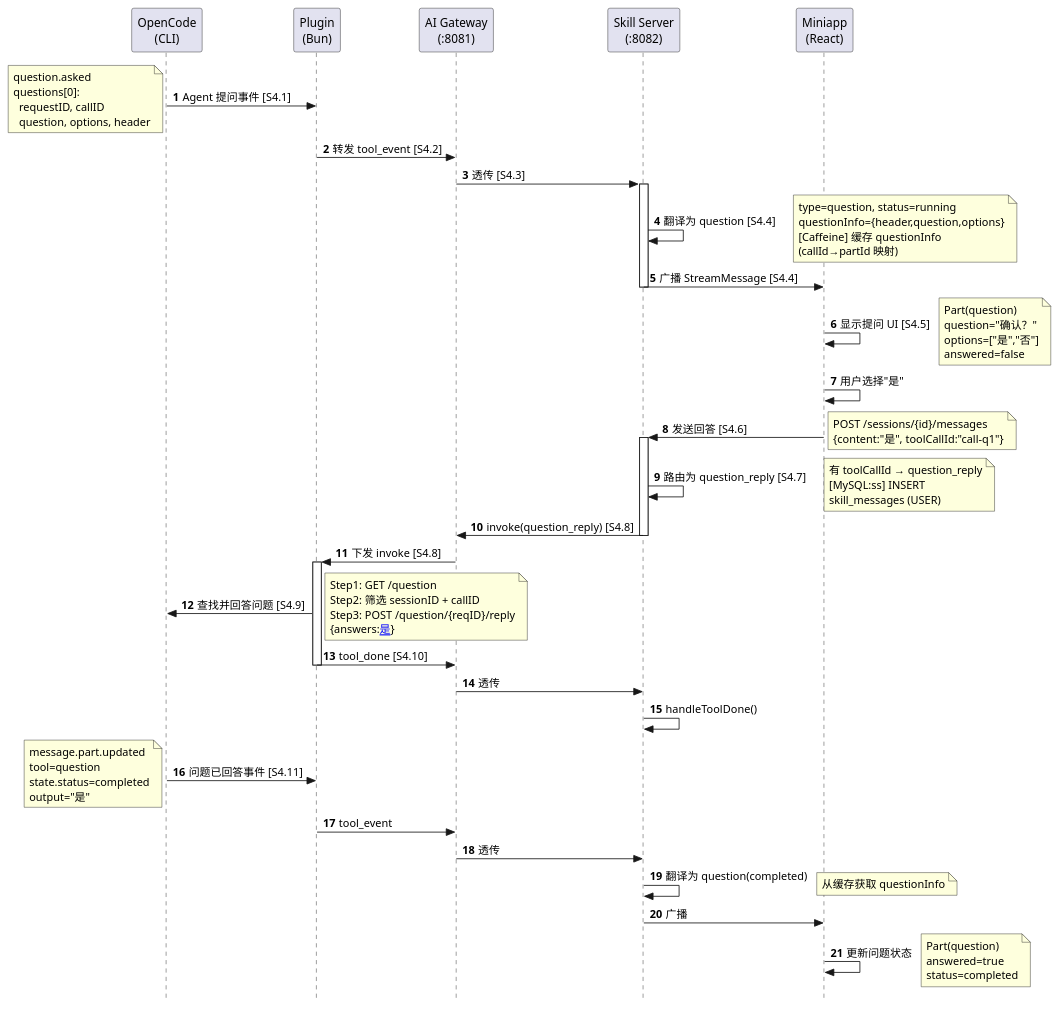
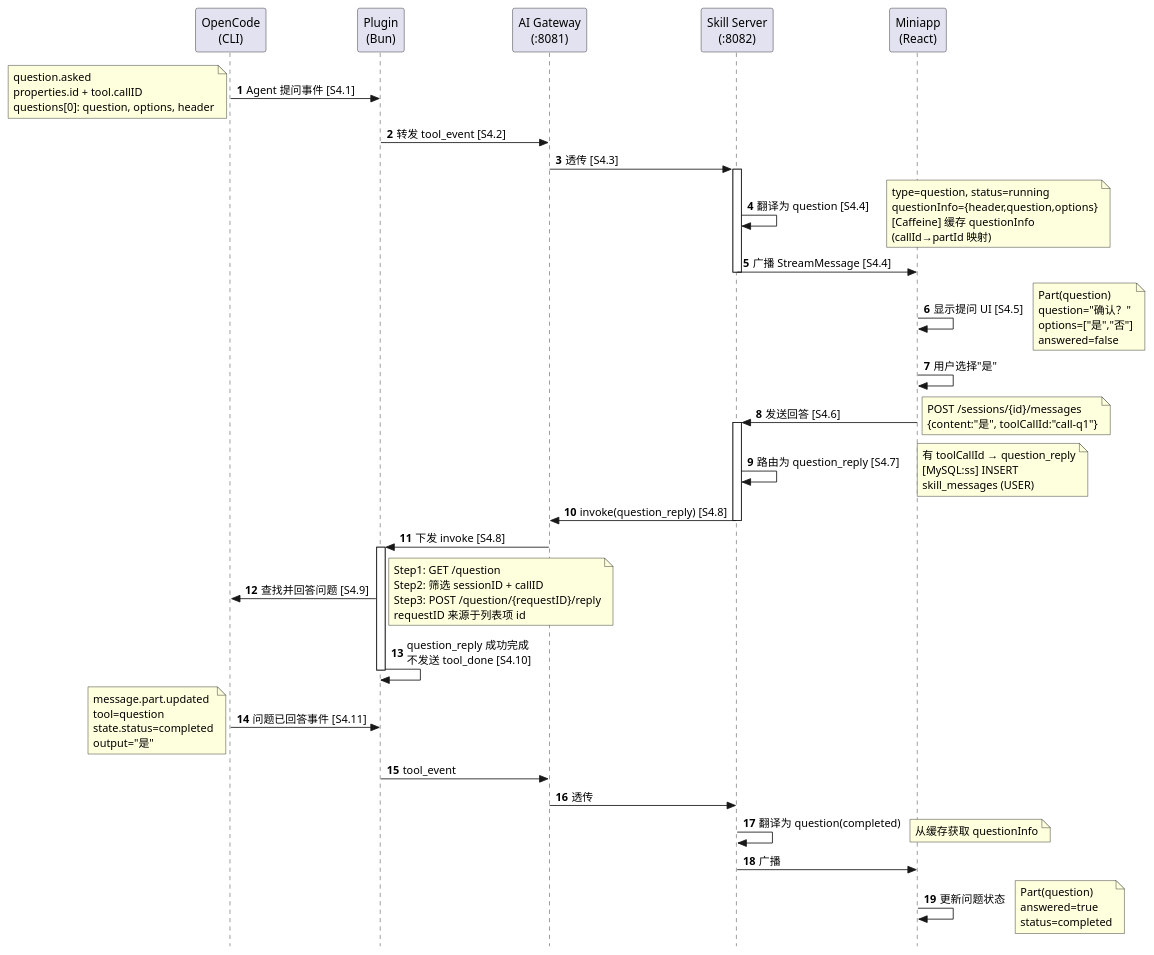
One commit to Llllviaaaa/opencode-CUI changed the ninth of 22 diagrams in documents/protocol/06-end-to-end-flows.md. Above: the diagram before and after it, drawn with PlantUML. The commit also changed other lines of this file and 6 other files, not shown here.

Commit message:
docs(protocol): align message-bridge event contracts and flows

````diff
--- a/documents/protocol/06-end-to-end-flows.md
+++ b/documents/protocol/06-end-to-end-flows.md
@@ -998,62 +1003,60 @@
 ```plantuml
 @startuml 场景4_交互式提问与回答
 skinparam style strictuml
 autonumber
 
 participant "OpenCode\n(CLI)" as OC
 participant "Plugin\n(Bun)" as PL
 participant "AI Gateway\n(:8081)" as GW
 participant "Skill Server\n(:8082)" as SS
 participant "Miniapp\n(React)" as MA
 
 OC -> PL : Agent 提问事件 [S4.1]
-note left: question.asked\nquestions[0]:\n  requestID, callID\n  question, options, header
+note left: question.asked\nproperties.id + tool.callID\nquestions[0]: question, options, header
 
 PL -> GW : 转发 tool_event [S4.2]
 GW -> SS : 透传 [S4.3]
 
 activate SS
 SS -> SS : 翻译为 question [S4.4]
 note right: type=question, status=running\nquestionInfo={header,question,options}\n[Caffeine] 缓存 questionInfo\n(callId→partId 映射)
 SS -> MA : 广播 StreamMessage [S4.4]
 deactivate SS
 
 MA -> MA : 显示提问 UI [S4.5]
 note right: Part(question)\nquestion="确认？"\noptions=["是","否"]\nanswered=false
 
 MA -> MA : 用户选择"是"
 
 MA -> SS : 发送回答 [S4.6]
 note right: POST /sessions/{id}/messages\n{content:"是", toolCallId:"call-q1"}
 
 activate SS
 SS -> SS : 路由为 question_reply [S4.7]
 note right: 有 toolCallId → question_reply\n[MySQL:ss] INSERT\nskill_messages (USER)
 SS -> GW : invoke(question_reply) [S4.8]
 deactivate SS
 
 GW -> PL : 下发 invoke [S4.8]
 
 activate PL
 PL -> OC : 查找并回答问题 [S4.9]
-note right: Step1: GET /question\nStep2: 筛选 sessionID + callID\nStep3: POST /question/{reqID}/reply\n{answers:[["是"]]}
+note right: Step1: GET /question\nStep2: 筛选 sessionID + callID\nStep3: POST /question/{requestID}/reply\nrequestID 来源于列表项 id
 
-PL -> GW : tool_done [S4.10]
+PL -> PL : question_reply 成功完成\n不发送 tool_done [S4.10]
 deactivate PL
-GW -> SS : 透传
-SS -> SS : handleToolDone()
 
 OC -> PL : 问题已回答事件 [S4.11]
 note left: message.part.updated\ntool=question\nstate.status=completed\noutput="是"
 
 PL -> GW : tool_event
 GW -> SS : 透传
 SS -> SS : 翻译为 question(completed)
 note right: 从缓存获取 questionInfo
 SS -> MA : 广播
 
 MA -> MA : 更新问题状态
 note right: Part(question)\nanswered=true\nstatus=completed
 
 @enduml
 ```
````
